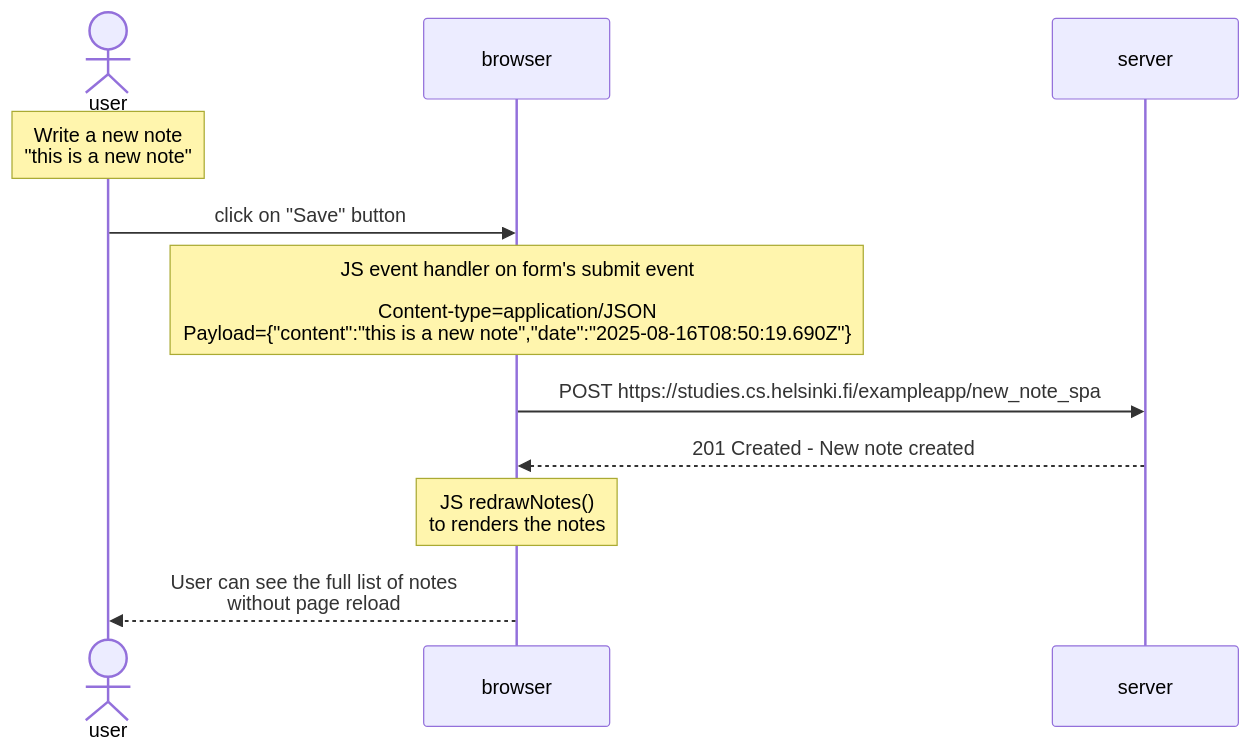
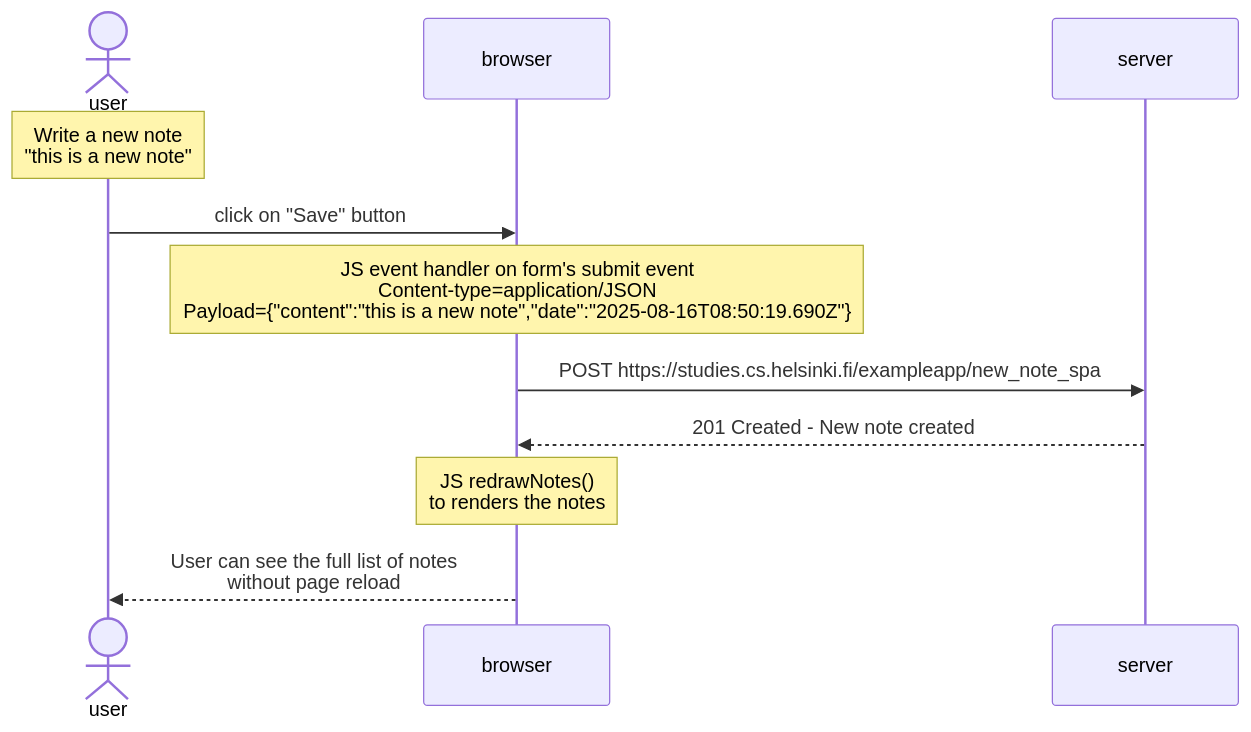
Before and after one commit to diletta-ci/fullstackopen-course: the diagram in part0/0.6-new-note-in-single-page-app-diagram.mmd, drawn with Mermaid.

Commit message:
Update 0.6 for a render issue in github

```diff
--- a/part0/0.6-new-note-in-single-page-app-diagram.mmd
+++ b/part0/0.6-new-note-in-single-page-app-diagram.mmd
@@ -1,14 +1,14 @@
 sequenceDiagram
   actor user as user
   participant browser as browser
   participant server as server
   
   Note over user: Write a new note <br/>"this is a new note"
   user ->> browser: click on "Save" button
-  Note over browser: JS event handler on form's submit event<br/><br/>Content-type=application/JSON<br/>Payload={"content":"this is a new note","date":"2025-08-16T08:50:19.690Z"}
+  Note over browser: JS event handler on form's submit event<br/>Content-type=application/JSON<br/>Payload={"content":"this is a new note","date":"2025-08-16T08:50:19.690Z"}
 
   browser ->> server: POST https://studies.cs.helsinki.fi/exampleapp/new_note_spa
   server -->> browser: 201 Created - New note created
 
   Note over browser: JS redrawNotes() <br/>to renders the notes
   browser -->> user: User can see the full list of notes<br/>without page reload
```
